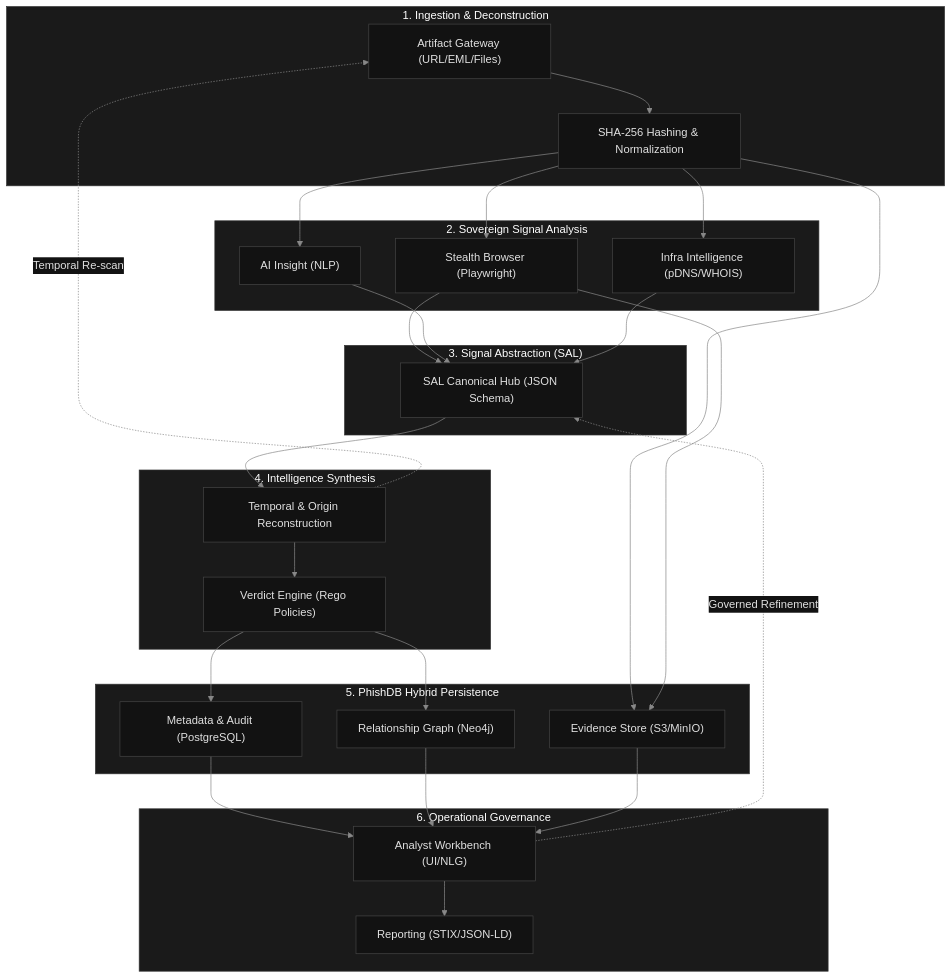
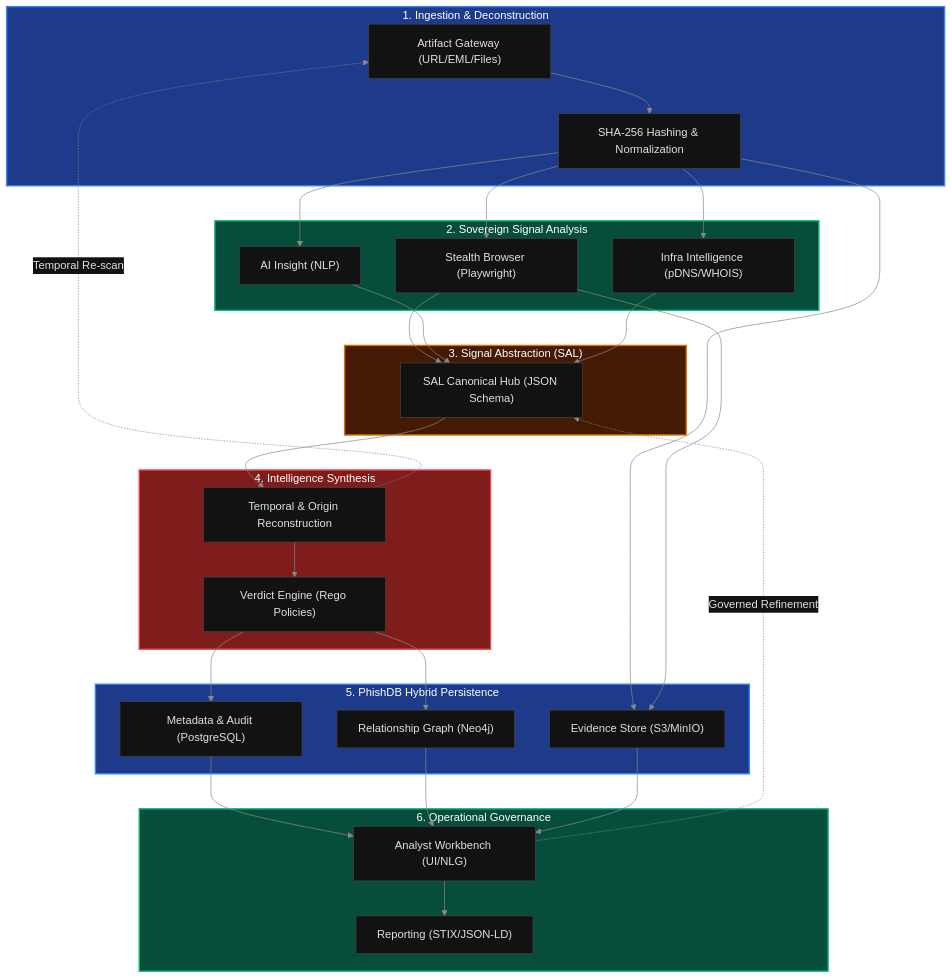
The diagram in newideas/PhishVault-2-TW.md (Tejaswini4119/PhishVault), drawn with Mermaid before and after one commit.

Commit message:
feat: Add comprehensive technical workbook and system design specification for PhishVault-2.

````diff
--- a/newideas/PhishVault-2-TW.md
+++ b/newideas/PhishVault-2-TW.md
@@ -56,55 +56,66 @@
 ```mermaid
 %%{init: {
   'theme': 'base',
   'themeVariables': {
     'primaryColor': '#1a1a1a',
     'primaryTextColor': '#e0e0e0',
     'primaryBorderColor': '#333333',
     'lineColor': '#888888',
     'secondaryColor': '#1a1a1a',
     'tertiaryColor': '#1a1a1a',
     'mainBkg': '#121212',
     'nodeBkg': '#1a1a1a',
     'nodeBorder': '#444444',
     'clusterBkg': '#1a1a1a',
-    'clusterBorder': '#333333',
+    'clusterBorder': '#555555',
     'defaultLinkColor': '#888888',
     'titleColor': '#ffffff',
     'edgeLabelBackground':'#121212'
   }
 }}%%
 graph TD
-    subgraph "1. Ingestion & Deconstruction"
+    classDef blueSub fill:#1e3a8a,stroke:#3b82f6,stroke-width:2px,color:#ffffff;
+    classDef greenSub fill:#064e3b,stroke:#10b981,stroke-width:2px,color:#ffffff;
+    classDef brownSub fill:#451a03,stroke:#d97706,stroke-width:2px,color:#ffffff;
+    classDef redSub fill:#7f1d1d,stroke:#ef4444,stroke-width:2px,color:#ffffff;
+
+    subgraph SG1 ["1. Ingestion & Deconstruction"]
         A["Artifact Gateway (URL/EML/Files)"] --> B["SHA-256 Hashing & Normalization"]
     end
+    class SG1 blueSub
 
-    subgraph "2. Sovereign Signal Analysis"
+    subgraph SG2 ["2. Sovereign Signal Analysis"]
         B --> C1["Stealth Browser (Playwright)"]
         B --> C2["AI Insight (NLP)"]
         B --> C3["Infra Intelligence (pDNS/WHOIS)"]
     end
+    class SG2 greenSub
 
-    subgraph "3. Signal Abstraction (SAL)"
+    subgraph SG3 ["3. Signal Abstraction (SAL)"]
         C1 & C2 & C3 --> D["SAL Canonical Hub (JSON Schema)"]
     end
+    class SG3 brownSub
 
-    subgraph "4. Intelligence Synthesis"
+    subgraph SG4 ["4. Intelligence Synthesis"]
         D --> E["Temporal & Origin Reconstruction"]
         E --> F["Verdict Engine (Rego Policies)"]
     end
+    class SG4 redSub
 
-    subgraph "5. PhishDB Hybrid Persistence"
+    subgraph SG5 ["5. PhishDB Hybrid Persistence"]
         F --> G1["Metadata & Audit (PostgreSQL)"]
         F --> G2["Relationship Graph (Neo4j)"]
         B & C1 --> G3["Evidence Store (S3/MinIO)"]
     end
+    class SG5 blueSub
 
-    subgraph "6. Operational Governance"
+    subgraph SG6 ["6. Operational Governance"]
         G1 & G2 & G3 --> H["Analyst Workbench (UI/NLG)"]
         H --> I["Reporting (STIX/JSON-LD)"]
     end
+    class SG6 greenSub
 
     %% Closed-Loop Feedback
     E -.->|Temporal Re-scan| A
     H -.->|Governed Refinement| D
 ```
````
